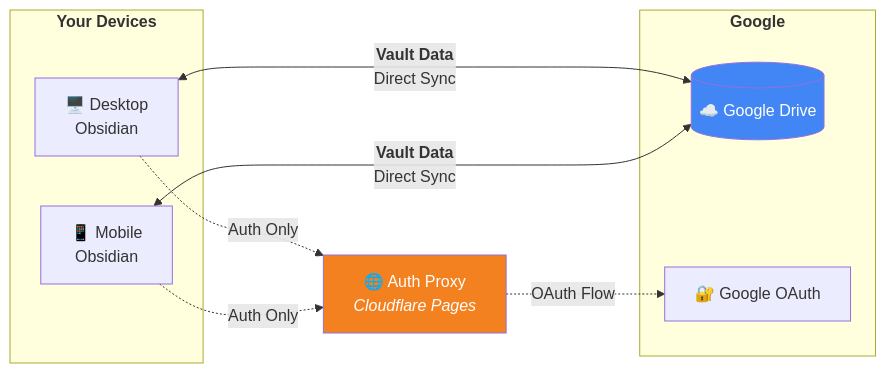
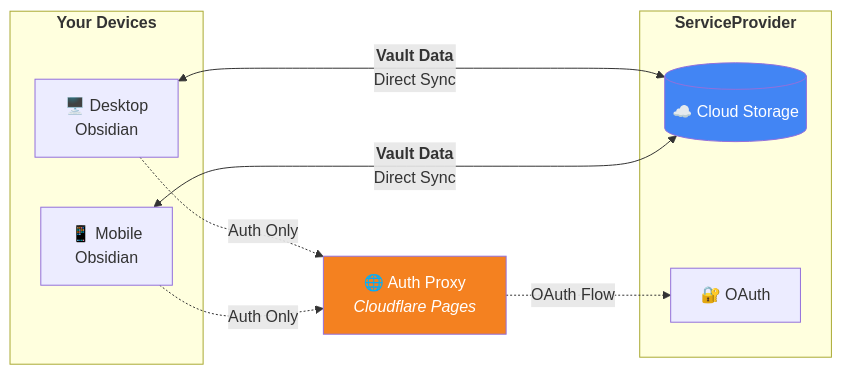
The first of 4 diagrams in README.md (c-ardinal/obsidian-vault-sync), drawn with Mermaid before and after one commit. The commit also changed other lines of this file, not shown here.

````diff
--- a/README.md
+++ b/README.md
@@ -27,23 +27,23 @@
 ```mermaid
 graph LR
     subgraph "<b>Your Devices</b>"
         A["🖥️ Desktop<br/>Obsidian"]
         B["📱 Mobile<br/>Obsidian"]
     end
 
-    subgraph "<b>Google</b>"
-        C[("☁️ Google Drive")]
-        D["🔐 Google OAuth"]
+    subgraph "<b>ServiceProvider</b>"
+        C[("☁️ Cloud Storage")]
+        D["🔐 OAuth"]
     end
 
     E["🌐 Auth Proxy<br/><i>Cloudflare Pages</i>"]
 
     A <--->|"<b>Vault Data</b><br/>Direct Sync"| C
     B <--->|"<b>Vault Data</b><br/>Direct Sync"| C
     A -.->|"Auth Only"| E
     B -.->|"Auth Only"| E
     E -.->|"OAuth Flow"| D
 
     style C fill:#4285F4,color:#fff
     style E fill:#F48120,color:#fff
 ```
````
